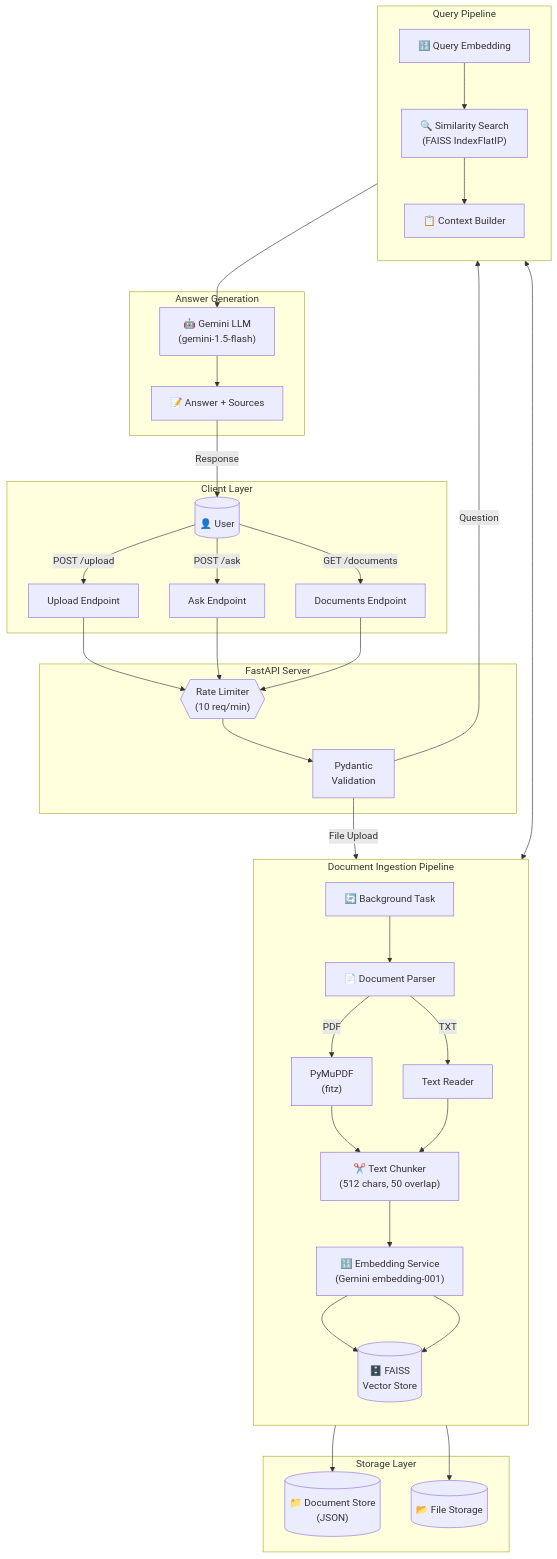
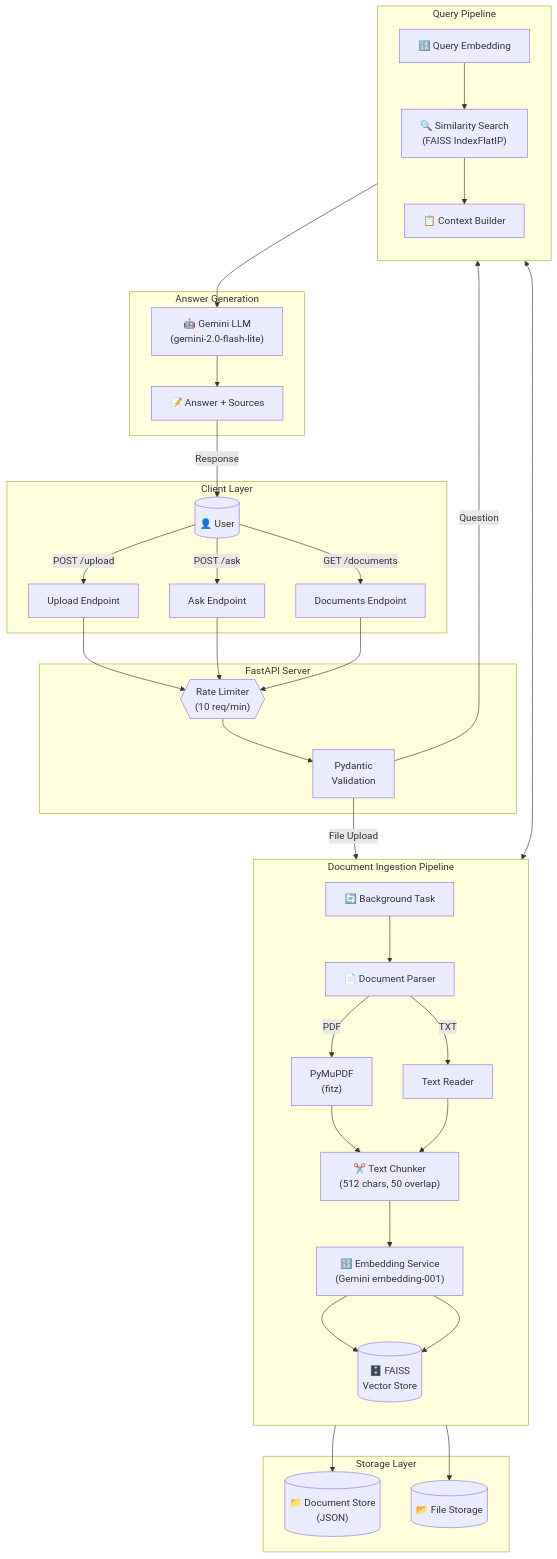
Before and after one commit to 1Ash0/rag-qa-system: the first of 4 diagrams in docs/architecture.md, drawn with Mermaid. The commit also changed 26 other files, not shown here.

Commit message:
Final release: RAG-QA System with robust error handling and gemini-flash-latest

````diff
--- a/docs/architecture.md
+++ b/docs/architecture.md
@@ -7,68 +7,68 @@
 ```mermaid
 flowchart TB
     subgraph Client["Client Layer"]
         U[("👤 User")]
         U -->|"POST /upload"| UP[Upload Endpoint]
         U -->|"POST /ask"| ASK[Ask Endpoint]
         U -->|"GET /documents"| DOC[Documents Endpoint]
     end
     
     subgraph API["FastAPI Server"]
         UP --> RL{{"Rate Limiter<br/>(10 req/min)"}}
         ASK --> RL
         DOC --> RL
         
         RL --> VAL["Pydantic<br/>Validation"]
     end
     
     subgraph Ingestion["Document Ingestion Pipeline"]
         direction TB
         BG["🔄 Background Task"]
         
         BG --> P["📄 Document Parser"]
         P -->|"PDF"| FITZ["PyMuPDF<br/>(fitz)"]
         P -->|"TXT"| TXT["Text Reader"]
         
         FITZ --> CH
         TXT --> CH
         
         CH["✂️ Text Chunker<br/>(512 chars, 50 overlap)"]
         CH --> EMB["🔢 Embedding Service<br/>(Gemini embedding-001)"]
         EMB --> VS
     end
     
     subgraph Storage["Storage Layer"]
         VS[("🗄️ FAISS<br/>Vector Store")]
         DS[("📁 Document Store<br/>(JSON)")]
         FS[("📂 File Storage")]
     end
     
     subgraph Retrieval["Query Pipeline"]
         direction TB
         QE["🔢 Query Embedding"]
         SS["🔍 Similarity Search<br/>(FAISS IndexFlatIP)"]
         CT["📋 Context Builder"]
         
         QE --> SS
         SS --> CT
     end
     
     subgraph Generation["Answer Generation"]
-        LLM["🤖 Gemini LLM<br/>(gemini-1.5-flash)"]
+        LLM["🤖 Gemini LLM<br/>(gemini-2.0-flash-lite)"]
         ANS["📝 Answer + Sources"]
         
         CT --> LLM
         LLM --> ANS
     end
     
     %% Connections
     VAL -->|"File Upload"| BG
     BG --> DS
     BG --> FS
     EMB --> VS
     
     VAL -->|"Question"| QE
     SS <--> VS
     
     ANS -->|"Response"| U
 ```
````
